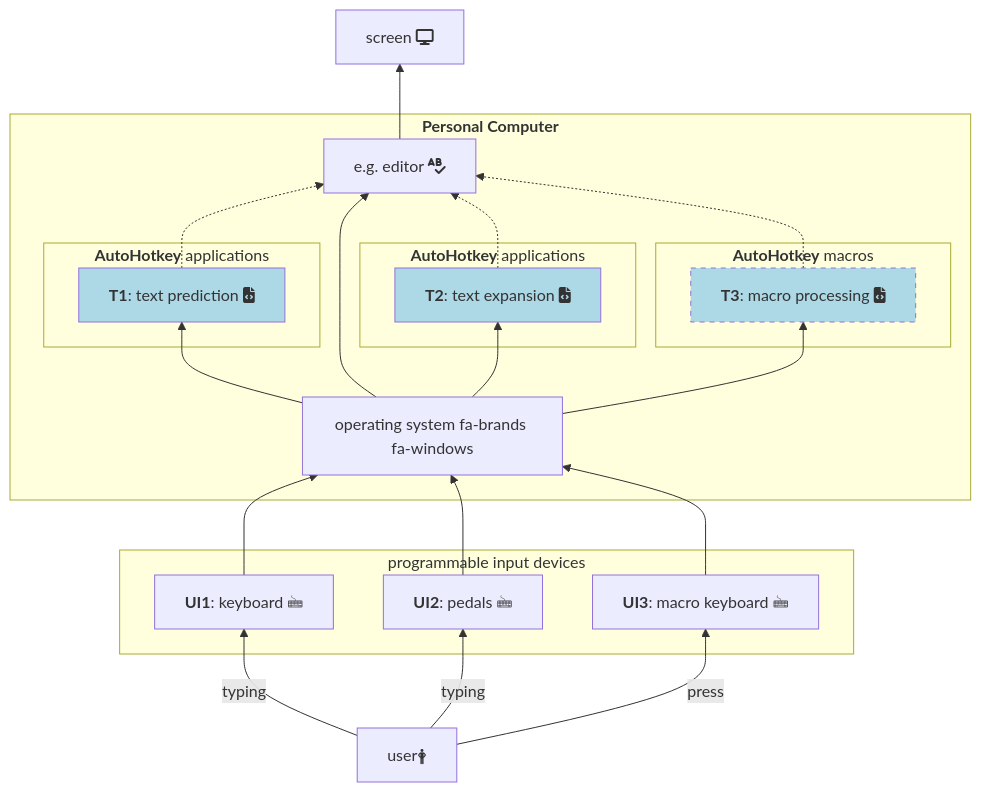
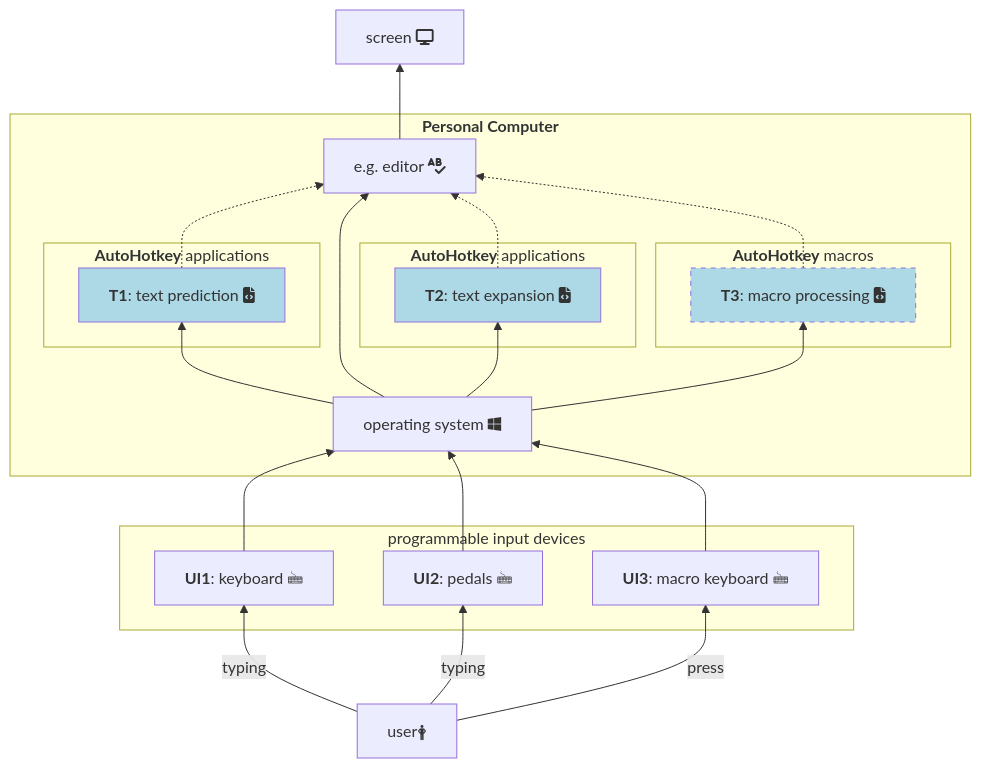
Before and after one commit to mslonik/mslonik: the first of 4 diagrams in BlockDiagrams_AHK.md, drawn with Mermaid.

````diff
--- a/BlockDiagrams_AHK.md
+++ b/BlockDiagrams_AHK.md
@@ -8,57 +8,57 @@
 ```mermaid
 %% new approach
 flowchart BT
 	user["user🛉"]
 	keyboard["`**UI1**: keyboard 🖮`"]
 	pedals["`**UI2**: pedals 🖮`"]
     MacroKeyboard["`**UI3**: macro keyboard 🖮`"] 
 	screen[screen fa:fa-display]
-	OperatingSystem[operating system fa-brands fa-windows]
+	OperatingSystem[operating system <i class="fa-brands fa-windows"></i>]
 	editor[e.g. editor fa:fa-spell-check]
 	TextPrediction["`**T1**: text prediction fa:fa-file-code`"]
 	TextExpansion["`**T2**: text expansion fa:fa-file-code`"]
     MacroProcessing["`**T3**: macro processing fa:fa-file-code`"]
 
     user	-->	 |typing| keyboard
     user	-->	 |typing| pedals
     user    -->  |press| MacroKeyboard
     
     subgraph programmable input devices
         keyboard
         pedals
         MacroKeyboard
     end
 
     subgraph "`**Personal Computer**`"
         
         style TextPrediction 	fill:lightblue
         style TextExpansion 	fill:lightblue
         style MacroProcessing   fill:lightblue, stroke-dasharray:5
 
         subgraph "`**AutoHotkey** applications`"
             TextPrediction
         end
 
         subgraph "`**AutoHotkey** applications`"
             TextExpansion
         end
 
         subgraph "`**AutoHotkey** macros`"
             MacroProcessing
         end
    
         OperatingSystem		--> 	TextPrediction
         OperatingSystem		--> 	TextExpansion
         OperatingSystem     -->     MacroProcessing
         
         TextPrediction 		-.-> 	editor
         OperatingSystem		--> 	editor
         TextExpansion 		-.-> 	editor
         MacroProcessing     -.->    editor
     end
 
         keyboard			--> 	OperatingSystem
         pedals 				--> 	OperatingSystem
         MacroKeyboard       -->     OperatingSystem
         editor	            -->     screen
 ```
````
